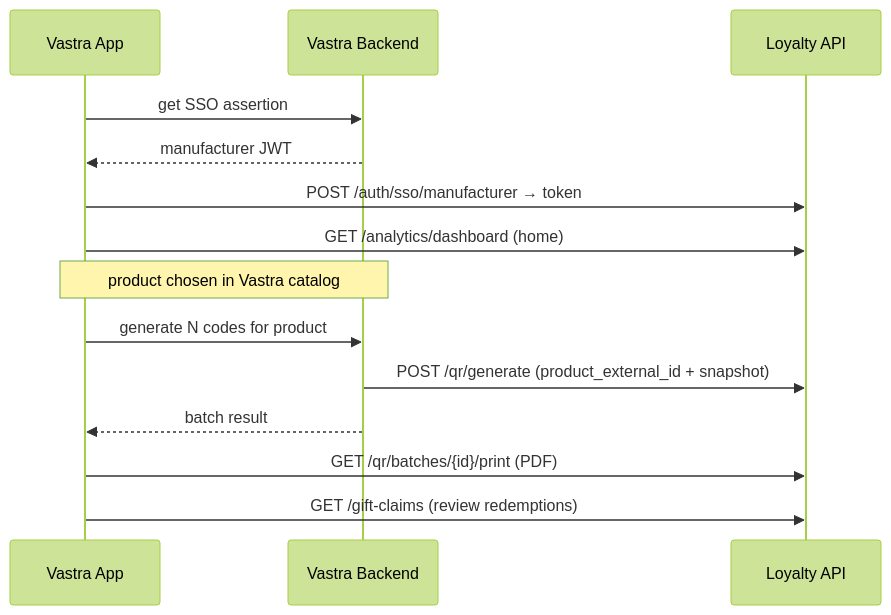
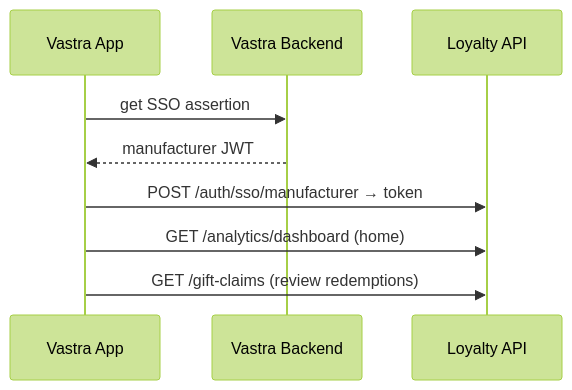
The first of 2 diagrams in docs/integration/MOBILE_INTEGRATION_GUIDE.md (vasraj273/Vastra-Loyalty-Program), drawn with Mermaid (forest theme) before and after one commit. The commit also changed other lines of this file and 22 other files, not shown here.

````diff
--- a/docs/integration/MOBILE_INTEGRATION_GUIDE.md
+++ b/docs/integration/MOBILE_INTEGRATION_GUIDE.md
@@ -26,16 +28,11 @@
 ```mermaid
 sequenceDiagram
   participant VA as Vastra App
   participant VB as Vastra Backend
   participant L as Loyalty API
   VA->>VB: get SSO assertion
   VB-->>VA: manufacturer JWT
   VA->>L: POST /auth/sso/manufacturer → token
   VA->>L: GET /analytics/dashboard (home)
-  Note over VA,VB: product chosen in Vastra catalog
-  VA->>VB: generate N codes for product
-  VB->>L: POST /qr/generate (product_external_id + snapshot)
-  VB-->>VA: batch result
-  VA->>L: GET /qr/batches/{id}/print (PDF)
   VA->>L: GET /gift-claims (review redemptions)
 ```
````
